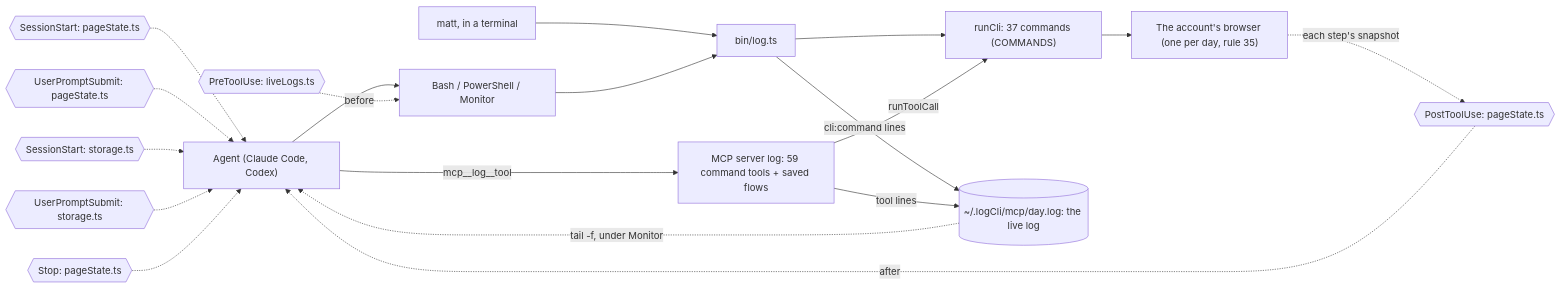
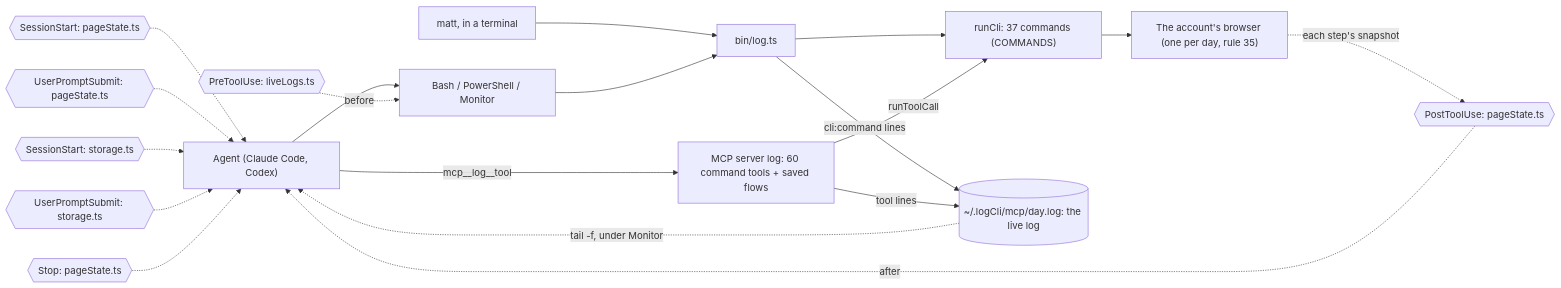
One commit to matthewdonsemail-lab/log changed the second of 5 diagrams in README.md. Above: the diagram before and after it, drawn with Mermaid. The commit also changed other lines of this file and 29 other files, not shown here.

````diff
--- a/README.md
+++ b/README.md
@@ -87,29 +87,29 @@
 ```mermaid
 flowchart LR
   agent["Agent (Claude Code, Codex)"]
   matt["matt, in a terminal"]
   shell["Bash / PowerShell / Monitor"]
-  mcp["MCP server log: 59 command tools + saved flows"]
+  mcp["MCP server log: 60 command tools + saved flows"]
   bin["bin/log.ts"]
   runCli["runCli: 37 commands (COMMANDS)"]
   live[("~/.logCli/mcp/day.log: the live log")]
   browser["The account's browser (one per day, rule 35)"]
   agent --> shell
   matt --> bin
   shell --> bin
   agent -->|mcp__log__tool| mcp
   bin --> runCli
   mcp -->|runToolCall| runCli
   runCli --> browser
   bin -->|cli:command lines| live
   mcp -->|tool lines| live
   live -.->|tail -f, under Monitor| agent
   pre0{{"PreToolUse: liveLogs.ts"}} -.->|before| shell
   post0{{"PostToolUse: pageState.ts"}} -.->|after| agent
   turn0{{"SessionStart: pageState.ts"}} -.-> agent
   turn1{{"UserPromptSubmit: pageState.ts"}} -.-> agent
   turn2{{"SessionStart: storage.ts"}} -.-> agent
   turn3{{"UserPromptSubmit: storage.ts"}} -.-> agent
   turn4{{"Stop: pageState.ts"}} -.-> agent
   browser -.->|each step's snapshot| post0
 ```
````
